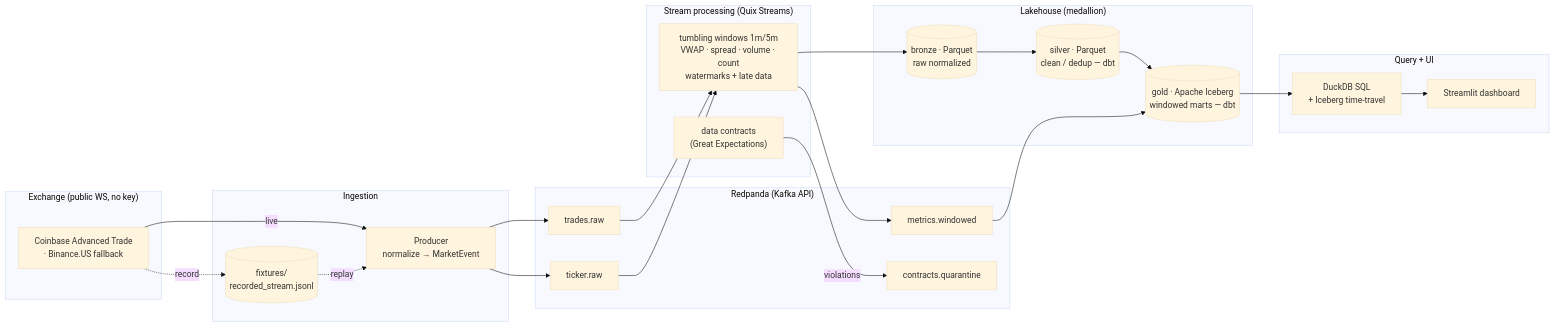
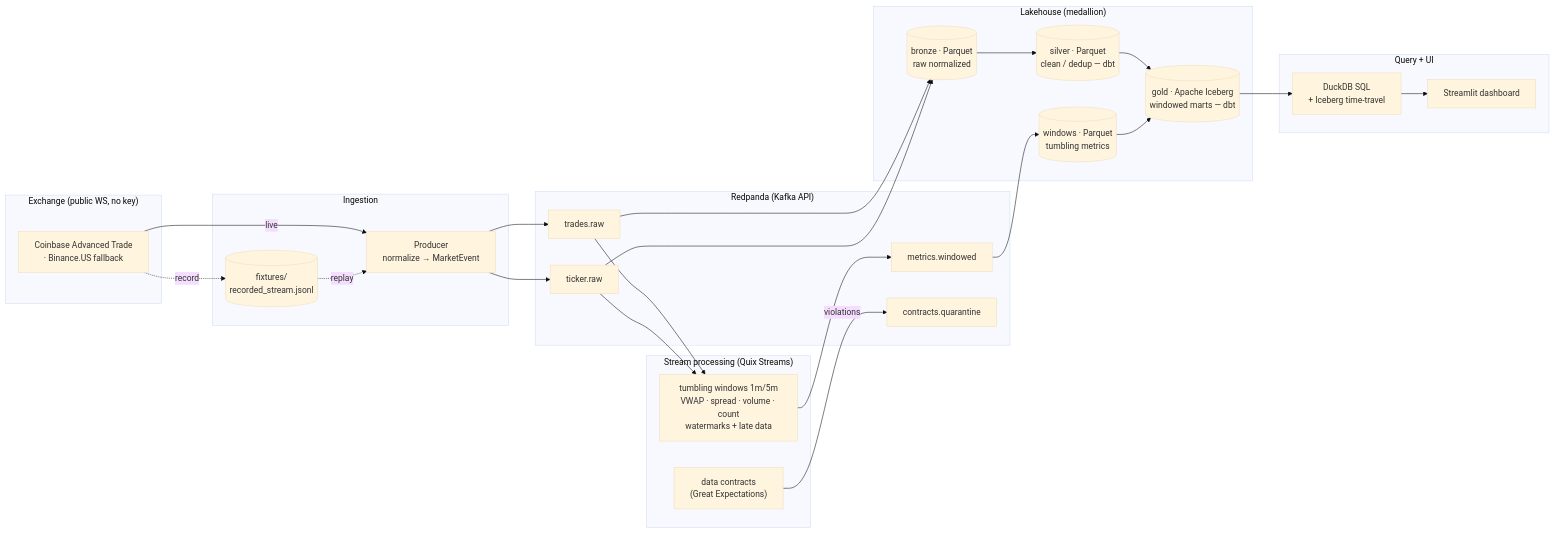
One commit to lithin45/tickstream-streaming-lakehouse changed the diagram in README.md. Above: the diagram before and after it, drawn with Mermaid (base theme). The commit also changed other lines of this file and 18 other files, not shown here.

````diff
--- a/README.md
+++ b/README.md
@@ -19,47 +20,49 @@
 ```mermaid
 flowchart LR
     subgraph EX["Exchange (public WS, no key)"]
         CB["Coinbase Advanced Trade<br/>· Binance.US fallback"]
     end
 
     subgraph ING["Ingestion"]
         PROD["Producer<br/>normalize → MarketEvent"]
         REC[("fixtures/<br/>recorded_stream.jsonl")]
     end
 
     subgraph BROKER["Redpanda (Kafka API)"]
         T1["trades.raw"]
         T2["ticker.raw"]
         T3["metrics.windowed"]
         QT["contracts.quarantine"]
     end
 
     subgraph SP["Stream processing (Quix Streams)"]
         WIN["tumbling windows 1m/5m<br/>VWAP · spread · volume · count<br/>watermarks + late data"]
         DQ["data contracts<br/>(Great Expectations)"]
     end
 
     subgraph LAKE["Lakehouse (medallion)"]
         BRONZE[("bronze · Parquet<br/>raw normalized")]
+        WINDOWS[("windows · Parquet<br/>tumbling metrics")]
         SILVER[("silver · Parquet<br/>clean / dedup — dbt")]
         GOLD[("gold · Apache Iceberg<br/>windowed marts — dbt")]
     end
 
     subgraph QUERY["Query + UI"]
         DUCK["DuckDB SQL<br/>+ Iceberg time-travel"]
         DASH["Streamlit dashboard"]
     end
 
     CB -->|live| PROD
     CB -.record.-> REC
     REC -.replay.-> PROD
     PROD --> T1 & T2
     T1 --> WIN
     T2 --> WIN
+    T1 --> BRONZE
+    T2 --> BRONZE
     WIN --> T3
-    WIN --> BRONZE
     DQ -->|violations| QT
     BRONZE --> SILVER --> GOLD
-    T3 --> GOLD
+    T3 --> WINDOWS --> GOLD
     GOLD --> DUCK --> DASH
 ```
````
